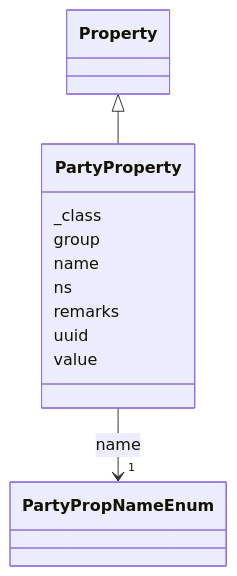
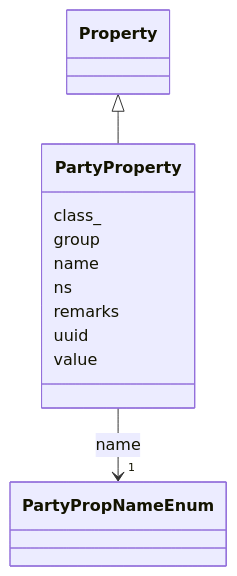
Before and after one commit to lmodel/oscal: the diagram in project/mermaid/PartyProperty.md, drawn with Mermaid. The commit also changed 434 other files, not shown here.

Commit message:
fix(schema): stamp the modules for 1.2.3 and regenerate extended outputs

````diff
--- a/project/mermaid/PartyProperty.md
+++ b/project/mermaid/PartyProperty.md
@@ -4,32 +4,32 @@
 ```mermaid
  classDiagram
     class PartyProperty
     click PartyProperty href "../PartyProperty"
       Property <|-- PartyProperty
         click Property href "../Property"
       
-      PartyProperty : _class
+      PartyProperty : class_
         
       PartyProperty : group
         
       PartyProperty : name
         
           
     
         
         
         PartyProperty --> "1" PartyPropNameEnum : name
         click PartyPropNameEnum href "../PartyPropNameEnum"
     
 
         
       PartyProperty : ns
         
       PartyProperty : remarks
         
       PartyProperty : uuid
         
       PartyProperty : value
         
       
 ```
````
